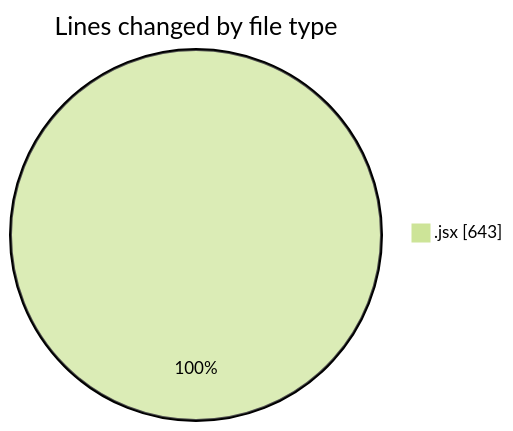
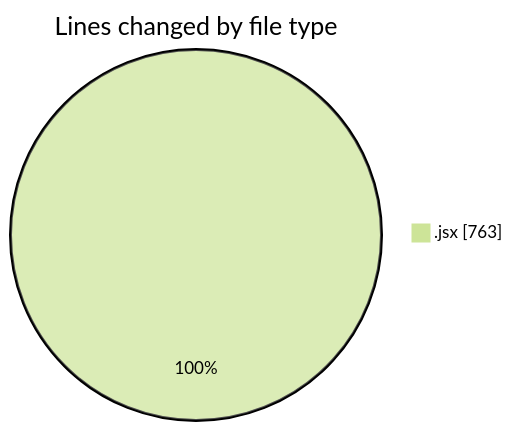
One commit to nxtqubesakshisongat/code-tracking changed the first of 2 diagrams in 2025-08-26/nxtqube_webapp/README.md. Above: the diagram before and after it, drawn with Mermaid (forest theme). The commit also changed other lines of this file and 1 other file, not shown here.

````diff
--- a/2025-08-26/nxtqube_webapp/README.md
+++ b/2025-08-26/nxtqube_webapp/README.md
@@ -21,5 +22,5 @@
 ```mermaid
 pie showData
 title Lines changed by file type
-".jsx" : 643
+".jsx" : 763
 ```
````
